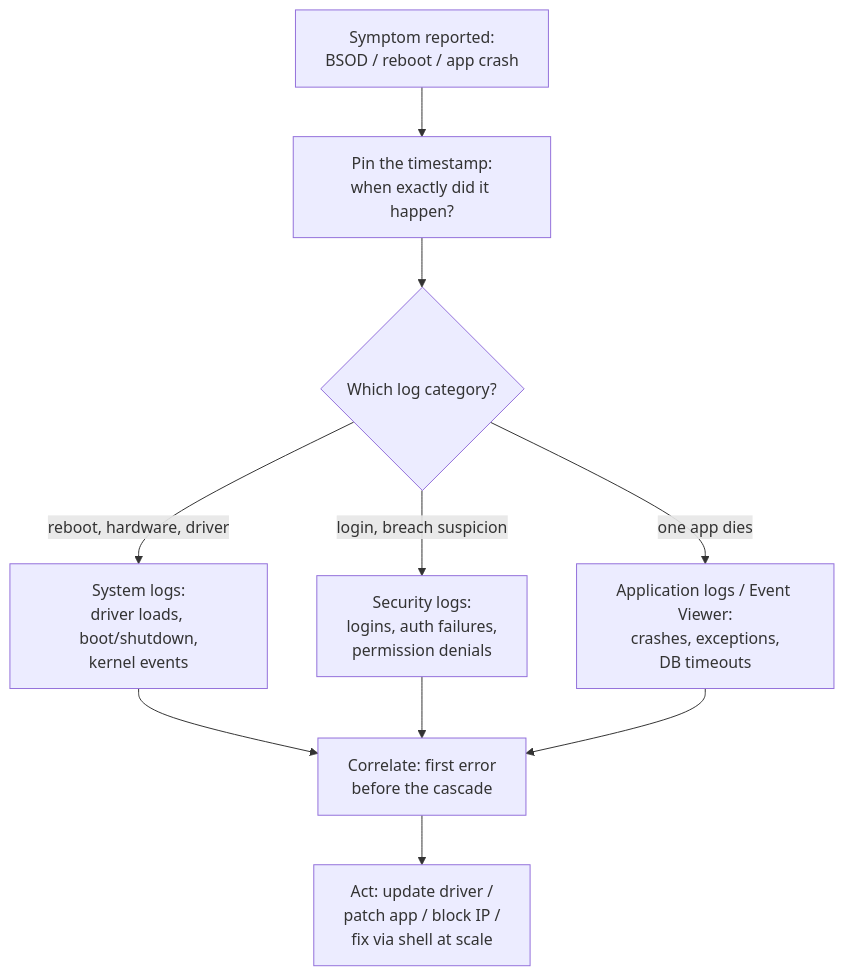
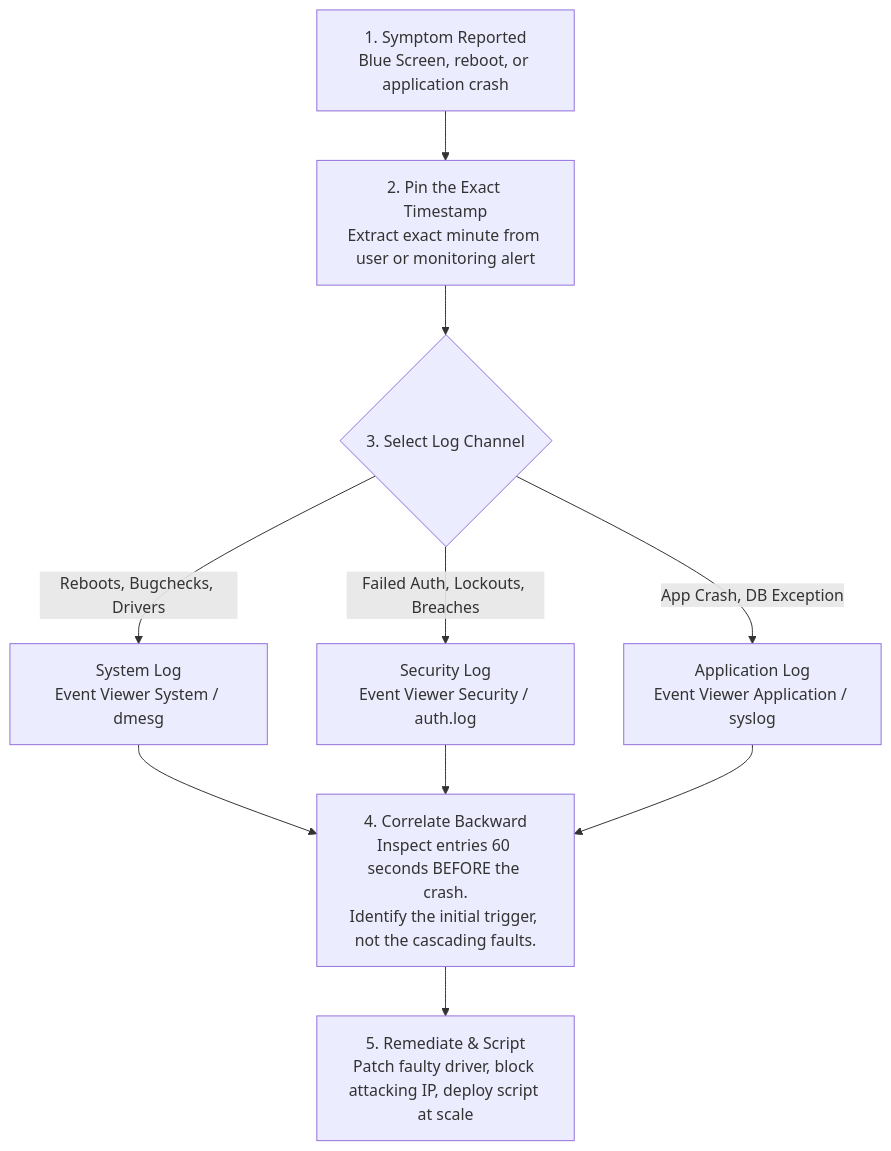
The second of 2 diagrams in content/docs/computer-basics/it-support/15-user-space-cli-logs.mdx (1345AbhishekKumar/cs-cookbook), drawn with Mermaid before and after one commit. The commit also changed other lines of this file and 299 other files, not shown here.

````diff
--- a/content/docs/computer-basics/it-support/15-user-space-cli-logs.mdx
+++ b/content/docs/computer-basics/it-support/15-user-space-cli-logs.mdx
@@ -92,19 +139,15 @@
 ```mermaid
 flowchart TB
-    SYMPTOM["Symptom reported:<br/>BSOD / reboot / app crash"]
-    TIME["Pin the timestamp:<br/>when exactly did it happen?"]
-    CHOICE{Which log category?}
-    SYSLOG["System logs:<br/>driver loads, boot/shutdown,<br/>kernel events"]
-    SECLOG["Security logs:<br/>logins, auth failures,<br/>permission denials"]
-    APPLOG["Application logs / Event Viewer:<br/>crashes, exceptions,<br/>DB timeouts"]
-    CORR["Correlate: first error<br/>before the cascade"]
-    ACT["Act: update driver /<br/>patch app / block IP /<br/>fix via shell at scale"]
-    SYMPTOM --> TIME --> CHOICE
-    CHOICE -->|reboot, hardware, driver| SYSLOG
-    CHOICE -->|login, breach suspicion| SECLOG
-    CHOICE -->|one app dies| APPLOG
-    SYSLOG --> CORR
+    SYMPTOM["1. Symptom Reported<br/>Blue Screen, reboot, or application crash"] --> TIME["2. Pin the Exact Timestamp<br/>Extract exact minute from user or monitoring alert"]
+    TIME --> CHOICE{"3. Select Log Channel"}
+    
+    CHOICE -->|Reboots, Bugchecks, Drivers| SYSLOG["System Log<br/>Event Viewer System / dmesg"]
+    CHOICE -->|Failed Auth, Lockouts, Breaches| SECLOG["Security Log<br/>Event Viewer Security / auth.log"]
+    CHOICE -->|App Crash, DB Exception| APPLOG["Application Log<br/>Event Viewer Application / syslog"]
+    
+    SYSLOG --> CORR["4. Correlate Backward<br/>Inspect entries 60 seconds BEFORE the crash.<br/>Identify the initial trigger, not the cascading faults."]
     SECLOG --> CORR
     APPLOG --> CORR
-    CORR --> ACT
+    
+    CORR --> ACT["5. Remediate & Script<br/>Patch faulty driver, block attacking IP, deploy script at scale"]
 ```
````
